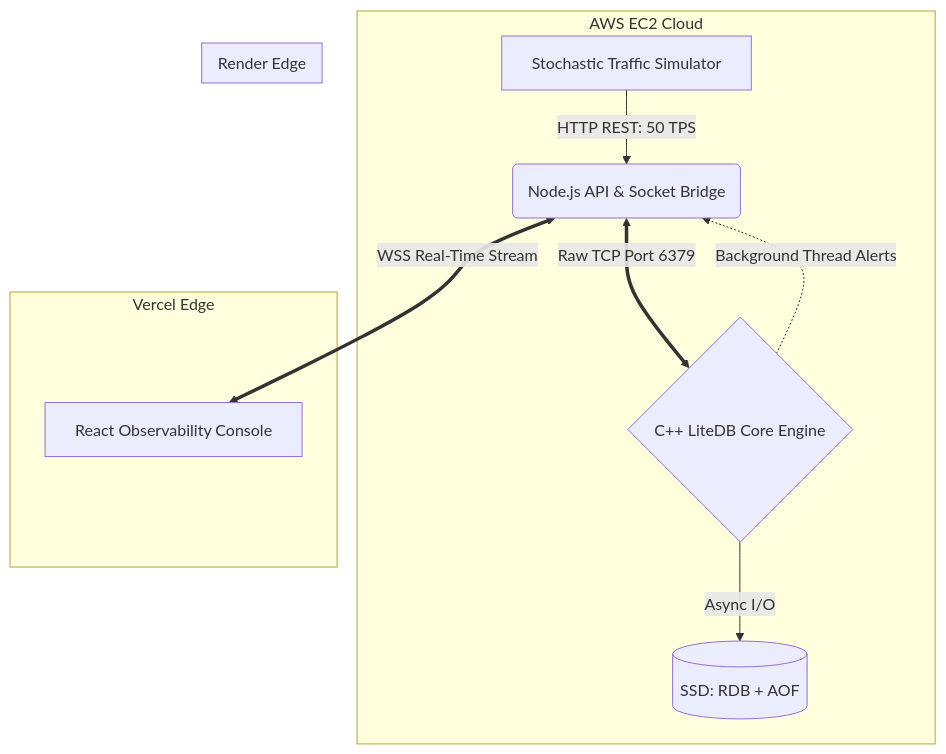
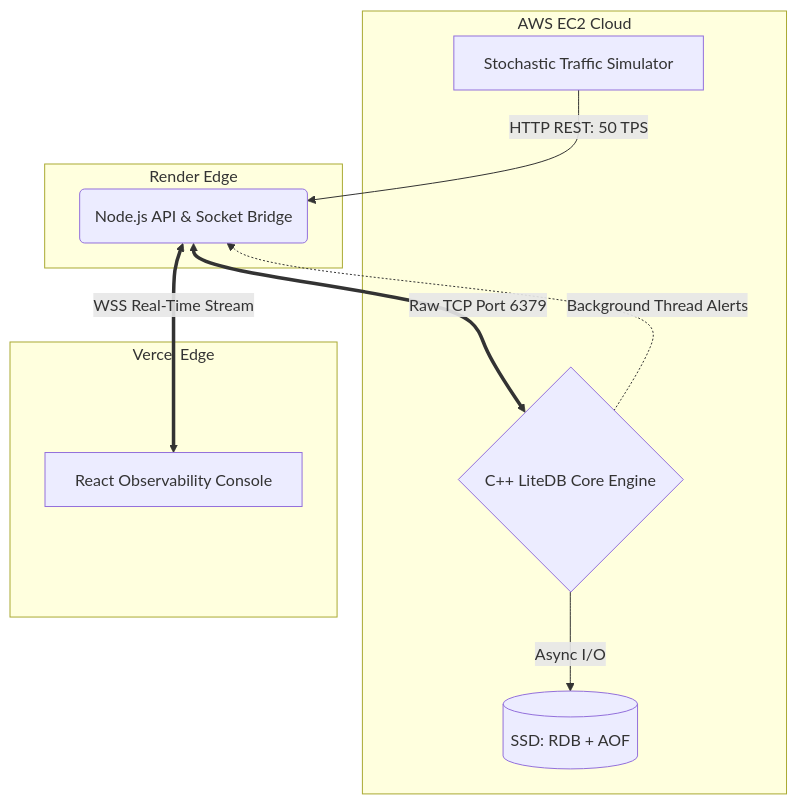
The diagram in README.md (srinith-nangunoori/litedb-fraud-engine), drawn with Mermaid before and after one commit.

Commit message:
docs: fix mermaid.js subgraph rendering layout

````diff
--- a/README.md
+++ b/README.md
@@ -24,19 +24,22 @@
 ```mermaid
 graph TD
-    subgraph AWS EC2 Cloud
-        A[Stochastic Traffic Simulator] -->|HTTP REST: 50 TPS| B
-        C{C++ LiteDB Core Engine} -->|Async I/O| F[(SSD: RDB + AOF)]
+    subgraph AWS["AWS EC2 Cloud"]
+        A[Stochastic Traffic Simulator]
+        C{C++ LiteDB Core Engine}
+        F[(SSD: RDB + AOF)]
     end
 
-    subgraph Render Edge
+    subgraph Render["Render Edge"]
         B(Node.js API & Socket Bridge)
     end
 
-    subgraph Vercel Edge
+    subgraph Vercel["Vercel Edge"]
         D[React Observability Console]
     end
 
+    A -->|HTTP REST: 50 TPS| B
     B <==>|Raw TCP Port 6379| C
     C -.->|Background Thread Alerts| B
     B <==>|WSS Real-Time Stream| D
+    C -->|Async I/O| F
 ```
````
